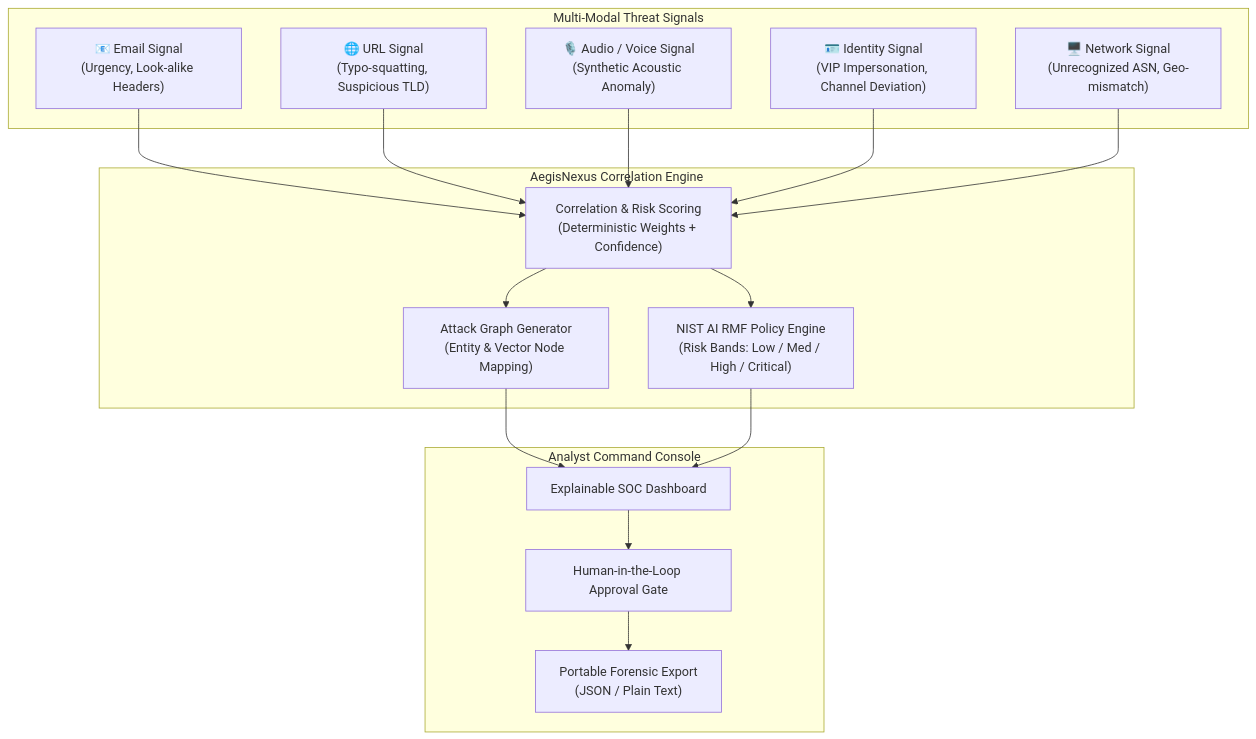
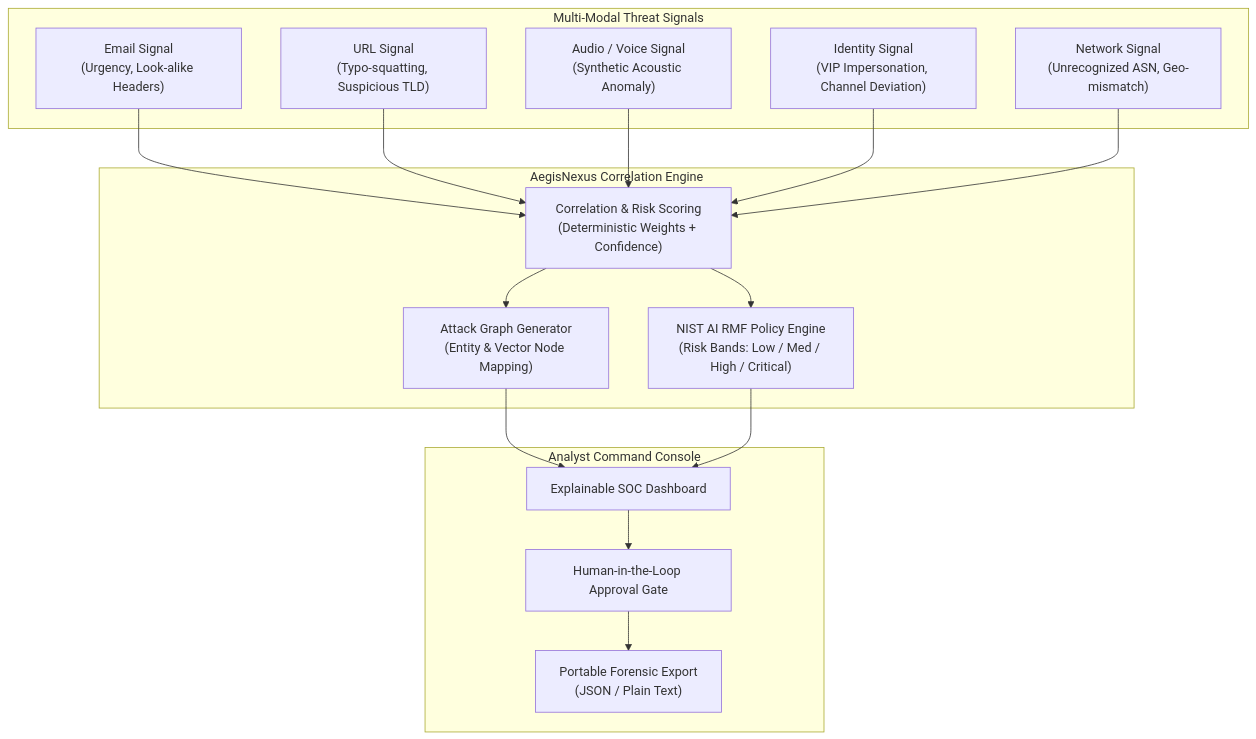
Before and after one commit to sahilshaikh1101/AegisNexus: the diagram in README.md, drawn with Mermaid. The commit also changed other lines of this file and 20 other files, not shown here.

````diff
--- a/README.md
+++ b/README.md
@@ -53,35 +50,35 @@
 ```mermaid
 flowchart TD
     subgraph Inputs["Multi-Modal Threat Signals"]
-        E["📧 Email Signal<br/>(Urgency, Look-alike Headers)"]
-        U["🌐 URL Signal<br/>(Typo-squatting, Suspicious TLD)"]
-        A["🎙️ Audio / Voice Signal<br/>(Synthetic Acoustic Anomaly)"]
-        I["🪪 Identity Signal<br/>(VIP Impersonation, Channel Deviation)"]
-        N["🖥️ Network Signal<br/>(Unrecognized ASN, Geo-mismatch)"]
+        E["Email Signal<br/>(Urgency, Look-alike Headers)"]
+        U["URL Signal<br/>(Typo-squatting, Suspicious TLD)"]
+        A["Audio / Voice Signal<br/>(Synthetic Acoustic Anomaly)"]
+        I["Identity Signal<br/>(VIP Impersonation, Channel Deviation)"]
+        N["Network Signal<br/>(Unrecognized ASN, Geo-mismatch)"]
     end
 
     subgraph Core["AegisNexus Correlation Engine"]
         CE["Correlation & Risk Scoring<br/>(Deterministic Weights + Confidence)"]
         AG["Attack Graph Generator<br/>(Entity & Vector Node Mapping)"]
         PE["NIST AI RMF Policy Engine<br/>(Risk Bands: Low / Med / High / Critical)"]
     end
 
     subgraph Output["Analyst Command Console"]
         UI["Explainable SOC Dashboard"]
         HI["Human-in-the-Loop Approval Gate"]
         EX["Portable Forensic Export<br/>(JSON / Plain Text)"]
     end
 
     E --> CE
     U --> CE
     A --> CE
     I --> CE
     N --> CE
 
     CE --> AG
     CE --> PE
     AG --> UI
     PE --> UI
     UI --> HI
     HI --> EX
 ```
````
